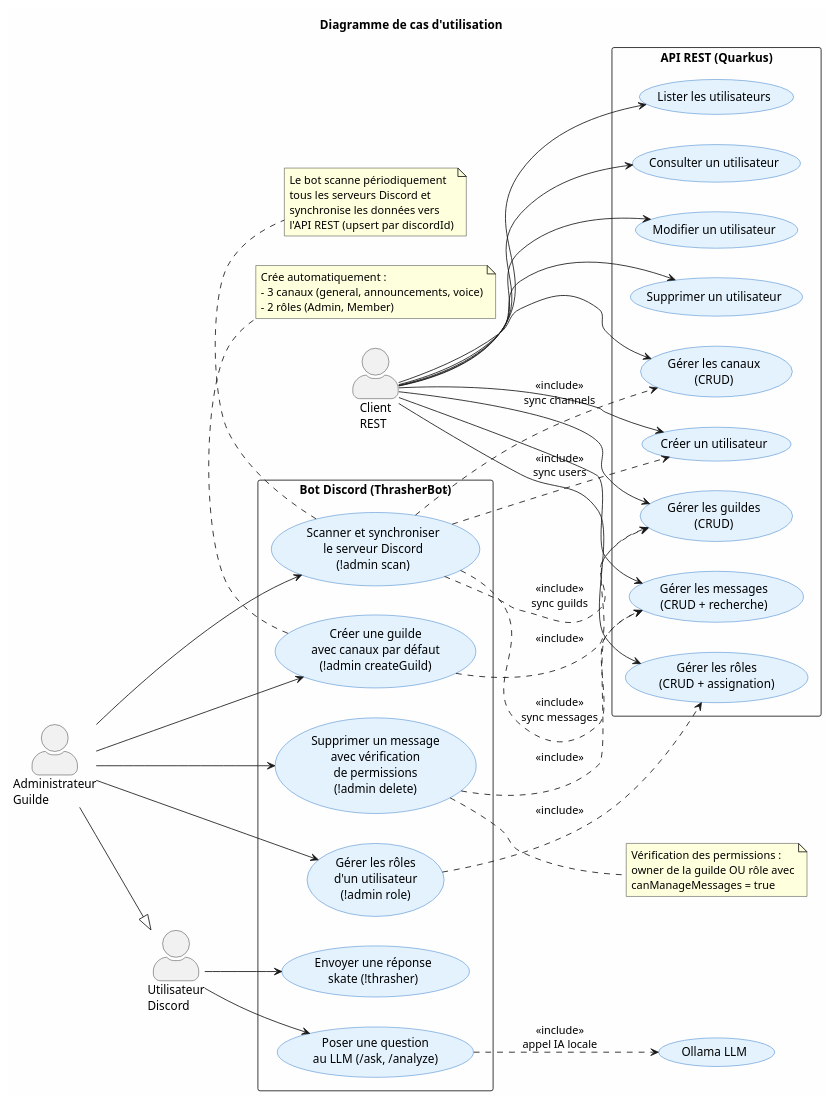
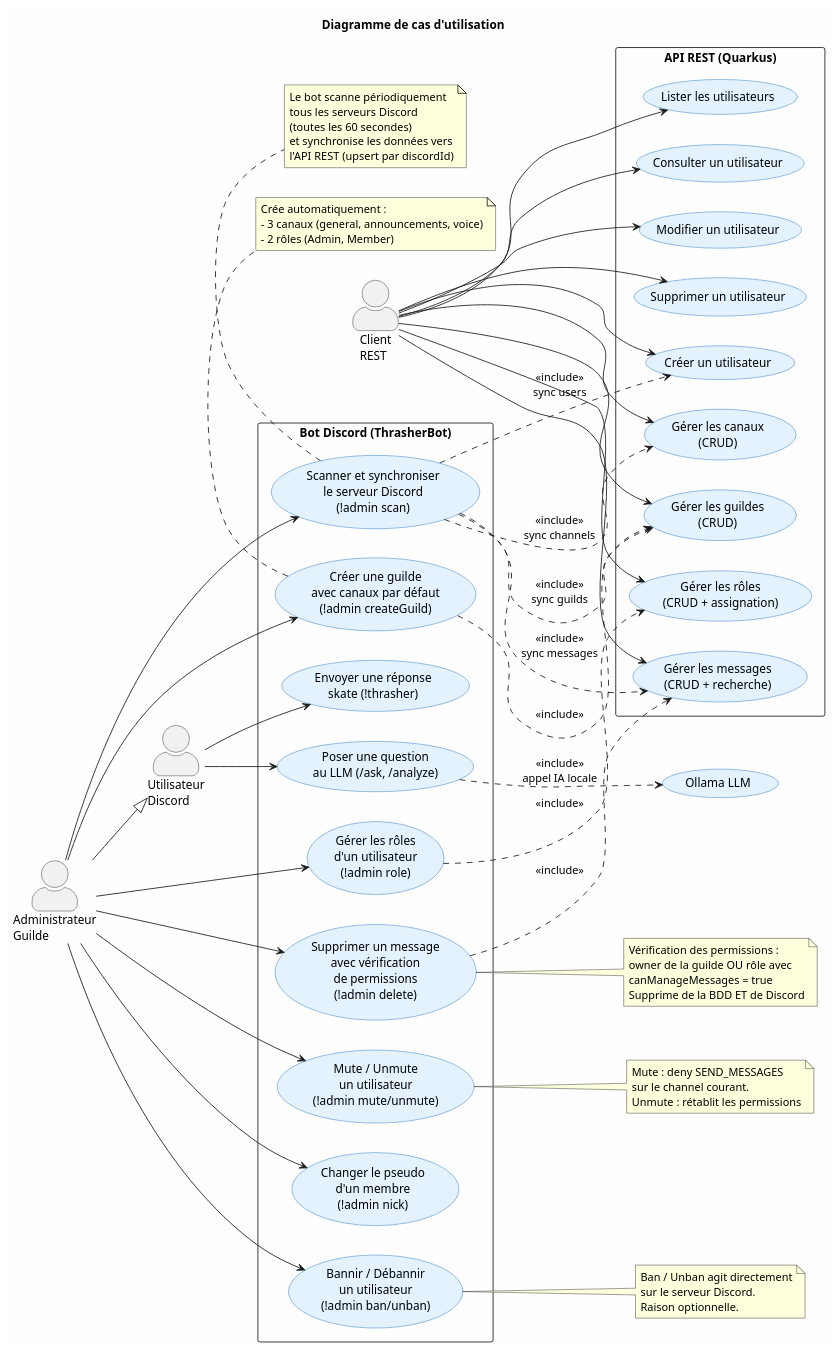
One commit to DPTINFO-M2-2026/tp-fil-rouge-YacineCC changed the diagram in docs/use-cases.puml. Above: the diagram before and after it, drawn with PlantUML. The commit also changed 6 other files, not shown here.

Commit message:
docs: mise à jour diagrammes et READMEs (nouvelles commandes modération, fix healthcheck, scan 60s)

```diff
--- a/docs/use-cases.puml
+++ b/docs/use-cases.puml
@@ -1,94 +1,114 @@
 @startuml Cas d'utilisation — BotDiscord
 
 left to right direction
 skinparam actorStyle awesome
 skinparam packageStyle rectangle
 skinparam backgroundColor #FEFEFE
 skinparam usecase {
     BackgroundColor #E3F2FD
     BorderColor #1565C0
 }
 
 title Diagramme de cas d'utilisation
 
 ' ─── Acteurs ──────────────────────────────────────────────────
 actor "Utilisateur\nDiscord" as user
 actor "Administrateur\nGuilde" as admin
 actor "Client\nREST" as restclient
 
 admin --|> user
 
 ' ─── API REST (Quarkus) ──────────────────────────────────────
 package "API REST (Quarkus)" {
     usecase "Lister les utilisateurs" as UC_LIST_USERS
     usecase "Consulter un utilisateur" as UC_GET_USER
     usecase "Créer un utilisateur" as UC_CREATE_USER
     usecase "Modifier un utilisateur" as UC_UPDATE_USER
     usecase "Supprimer un utilisateur" as UC_DELETE_USER
 
     usecase "Gérer les guildes\n(CRUD)" as UC_GUILD
     usecase "Gérer les canaux\n(CRUD)" as UC_CHANNEL
     usecase "Gérer les rôles\n(CRUD + assignation)" as UC_ROLE
     usecase "Gérer les messages\n(CRUD + recherche)" as UC_MESSAGE
 }
 
 restclient --> UC_LIST_USERS
 restclient --> UC_GET_USER
 restclient --> UC_CREATE_USER
 restclient --> UC_UPDATE_USER
 restclient --> UC_DELETE_USER
 restclient --> UC_GUILD
 restclient --> UC_CHANNEL
 restclient --> UC_ROLE
 restclient --> UC_MESSAGE
 
 ' ─── Bot Discord ─────────────────────────────────────────────
 package "Bot Discord (ThrasherBot)" {
     usecase "Envoyer une réponse\nskate (!thrasher)" as UC_BOT_MSG
     usecase "Scanner et synchroniser\nle serveur Discord\n(!admin scan)" as UC_BOT_SCAN
     usecase "Poser une question\nau LLM (/ask, /analyze)" as UC_BOT_AI
     usecase "Créer une guilde\navec canaux par défaut\n(!admin createGuild)" as UC_BOT_GUILD
     usecase "Gérer les rôles\nd'un utilisateur\n(!admin role)" as UC_BOT_ROLE
     usecase "Supprimer un message\navec vérification\nde permissions\n(!admin delete)" as UC_BOT_DELETE
+    usecase "Mute / Unmute\nun utilisateur\n(!admin mute/unmute)" as UC_BOT_MUTE
+    usecase "Changer le pseudo\nd'un membre\n(!admin nick)" as UC_BOT_NICK
+    usecase "Bannir / Débannir\nun utilisateur\n(!admin ban/unban)" as UC_BOT_BAN
 }
 
 user --> UC_BOT_MSG
 user --> UC_BOT_AI
 admin --> UC_BOT_SCAN
 admin --> UC_BOT_GUILD
 admin --> UC_BOT_ROLE
 admin --> UC_BOT_DELETE
+admin --> UC_BOT_MUTE
+admin --> UC_BOT_NICK
+admin --> UC_BOT_BAN
 
 ' ─── Relations ────────────────────────────────────────────────
 UC_BOT_SCAN ..> UC_CREATE_USER : <<include>>\nsync users
 UC_BOT_SCAN ..> UC_GUILD : <<include>>\nsync guilds
 UC_BOT_SCAN ..> UC_CHANNEL : <<include>>\nsync channels
 UC_BOT_SCAN ..> UC_MESSAGE : <<include>>\nsync messages
 
 UC_BOT_GUILD ..> UC_GUILD : <<include>>
 UC_BOT_ROLE ..> UC_ROLE : <<include>>
 UC_BOT_DELETE ..> UC_MESSAGE : <<include>>
 
 UC_BOT_AI ..> (Ollama LLM) : <<include>>\nappel IA locale
 
 ' ─── Notes ────────────────────────────────────────────────────
 note bottom of UC_BOT_SCAN
     Le bot scanne périodiquement
-    tous les serveurs Discord et
-    synchronise les données vers
+    tous les serveurs Discord
+    (toutes les 60 secondes)
+    et synchronise les données vers
     l'API REST (upsert par discordId)
 end note
 
 note right of UC_BOT_DELETE
     Vérification des permissions :
     owner de la guilde OU rôle avec
     canManageMessages = true
+    Supprime de la BDD ET de Discord
 end note
 
 note bottom of UC_BOT_GUILD
     Crée automatiquement :
     - 3 canaux (general, announcements, voice)
     - 2 rôles (Admin, Member)
 end note
 
+note right of UC_BOT_MUTE
+    Mute : deny SEND_MESSAGES
+    sur le channel courant.
+    Unmute : rétablit les permissions
+end note
+
+note right of UC_BOT_BAN
+    Ban / Unban agit directement
+    sur le serveur Discord.
+    Raison optionnelle.
+end note
+
 @enduml
```
